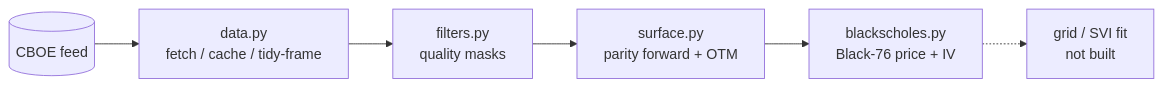
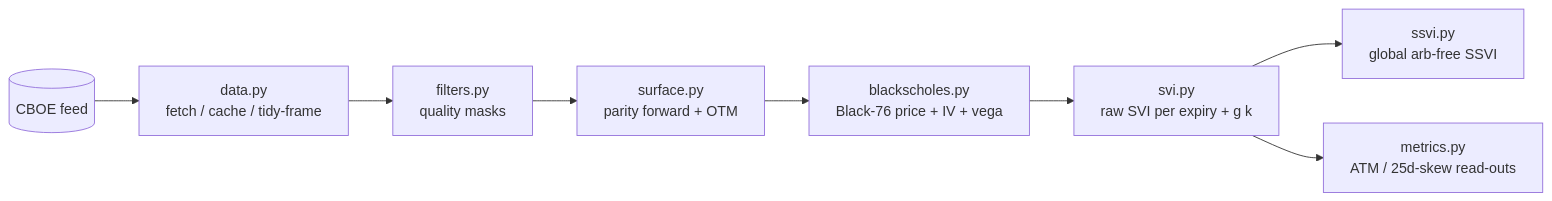
The diagram in vol-surface/docs/ARCHITECTURE.md (bsinek/quant-research), drawn with Mermaid before and after one commit. The commit also changed other lines of this file and 2 other files, not shown here.

First line of the commit message:
docs(vol-surface): record SVI + SSVI surface (ADR 012/013)

````diff
--- a/vol-surface/docs/ARCHITECTURE.md
+++ b/vol-surface/docs/ARCHITECTURE.md
@@ -12,8 +12,10 @@
 ```mermaid
 flowchart LR
     CBOE[(CBOE feed)] --> data[data.py<br/>fetch / cache / tidy-frame]
     data --> filters[filters.py<br/>quality masks]
     filters --> surface[surface.py<br/>parity forward + OTM]
-    surface --> bs[blackscholes.py<br/>Black-76 price + IV]
-    bs -.-> grid[grid / SVI fit<br/>not built]
+    surface --> bs[blackscholes.py<br/>Black-76 price + IV + vega]
+    bs --> svi[svi.py<br/>raw SVI per expiry + g k]
+    svi --> ssvi[ssvi.py<br/>global arb-free SSVI]
+    svi --> metrics[metrics.py<br/>ATM / 25d-skew read-outs]
 ```
````
